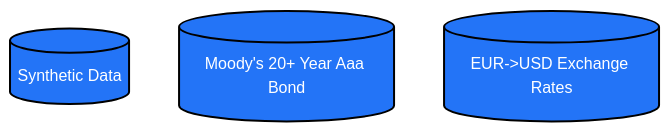
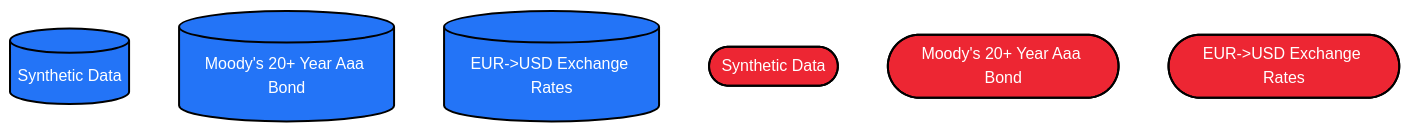
One commit to acatlin/mermaid changed the diagram in labels.md. Above: the diagram before and after it, drawn with Mermaid.

Commit message:
Update labels.md
v3

````diff
--- a/labels.md
+++ b/labels.md
@@ -1,15 +1,19 @@
 ```mermaid
 %%{init: {'theme':'forest'}}%%
 graph TD
 
   %% Colors %%
   classDef blue fill:#2374f7,stroke:#000,stroke-width:2px,color:#fff
   classDef orange fill:#fc822b,stroke:#000,stroke-width:2px,color:#fff
   classDef green fill:#16b552,stroke:#000,stroke-width:2px,color:#fff
   classDef red fill:#ed2633,stroke:#000,stroke-width:2px,color:#fff
   classDef magenta fill:magenta,stroke:#000,stroke-width:2px,color:#fff
 
-  A[(Synthetic Data)]:::blue
-  B[(Moody's 20+ Year Aaa Bond)]:::blue
-  C[(EUR->USD Exchange Rates)]:::blue
+  A1[(Synthetic Data)]:::blue
+  B1[(Moody's 20+ Year Aaa Bond)]:::blue
+  C1[(EUR->USD Exchange Rates)]:::blue
+
+  A2([Synthetic Data]):::red
+  B2([Moody's 20+ Year Aaa Bond]):::red
+  C2([EUR->USD Exchange Rates]):::red
 ```
````
